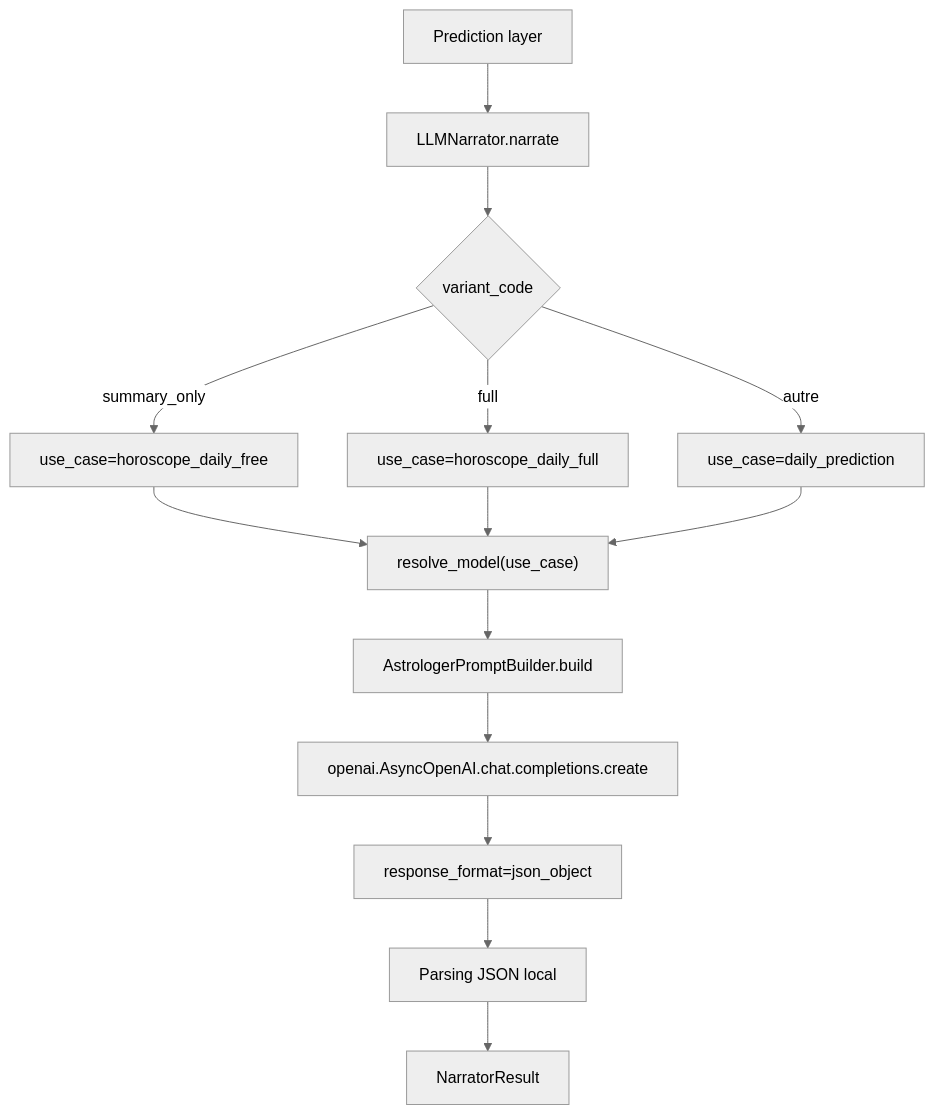
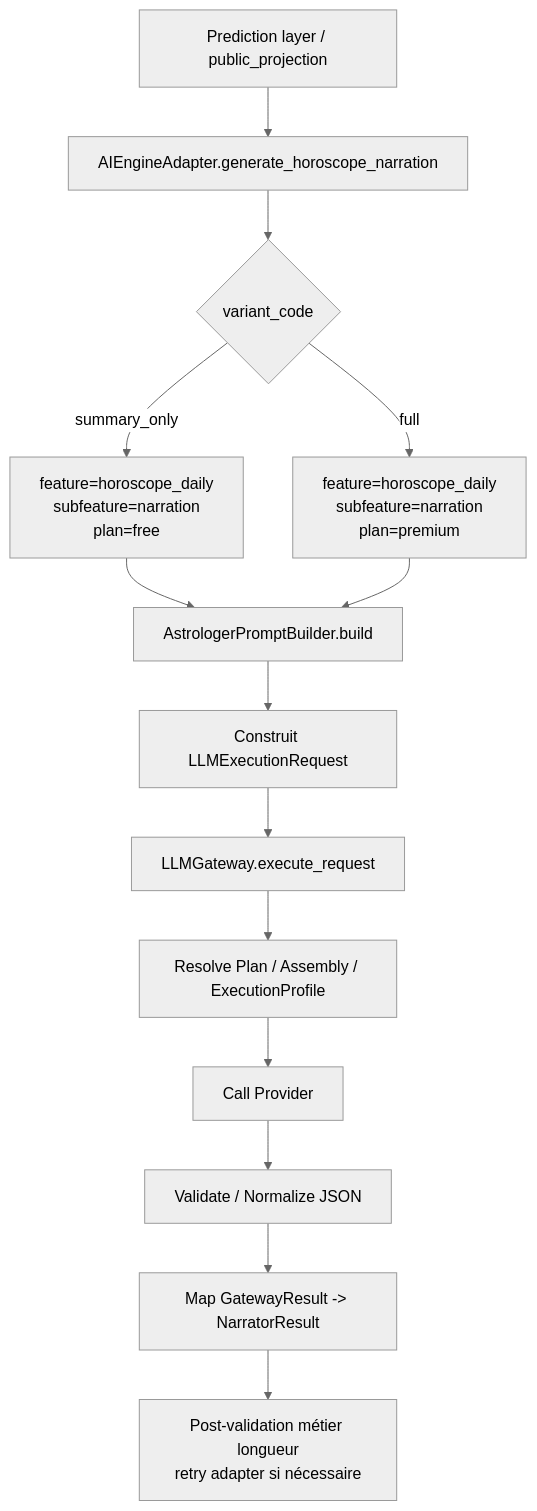
One commit to daconrilcy/horoscope_front changed the fifth of 7 diagrams in docs/llm-prompt-generation-by-feature.md. Above: the diagram before and after it, drawn with Mermaid (neutral theme). The commit also changed other lines of this file, not shown here.

Commit message:
update llm prompt generation documentation

````diff
--- a/docs/llm-prompt-generation-by-feature.md
+++ b/docs/llm-prompt-generation-by-feature.md
@@ -200,16 +201,16 @@
 ```mermaid
 flowchart TD
-    A["Prediction layer"] --> B["LLMNarrator.narrate"]
+    A["Prediction layer / public_projection"] --> B["AIEngineAdapter.generate_horoscope_narration"]
     B --> C{"variant_code"}
-    C -->|summary_only| D["use_case=horoscope_daily_free"]
-    C -->|full| E["use_case=horoscope_daily_full"]
-    C -->|autre| F["use_case=daily_prediction"]
-    D --> G["resolve_model(use_case)"]
-    E --> G
-    F --> G
-    G --> H["AstrologerPromptBuilder.build"]
-    H --> I["openai.AsyncOpenAI.chat.completions.create"]
-    I --> J["response_format=json_object"]
-    J --> K["Parsing JSON local"]
-    K --> L["NarratorResult"]
+    C -->|summary_only| D["feature=horoscope_daily<br/>subfeature=narration<br/>plan=free"]
+    C -->|full| E["feature=horoscope_daily<br/>subfeature=narration<br/>plan=premium"]
+    D --> F["AstrologerPromptBuilder.build"]
+    E --> F
+    F --> G["Construit LLMExecutionRequest"]
+    G --> H["LLMGateway.execute_request"]
+    H --> I["Resolve Plan / Assembly / ExecutionProfile"]
+    I --> J["Call Provider"]
+    J --> K["Validate / Normalize JSON"]
+    K --> L["Map GatewayResult -> NarratorResult"]
+    L --> M["Post-validation métier longueur<br/>retry adapter si nécessaire"]
 ```
````
